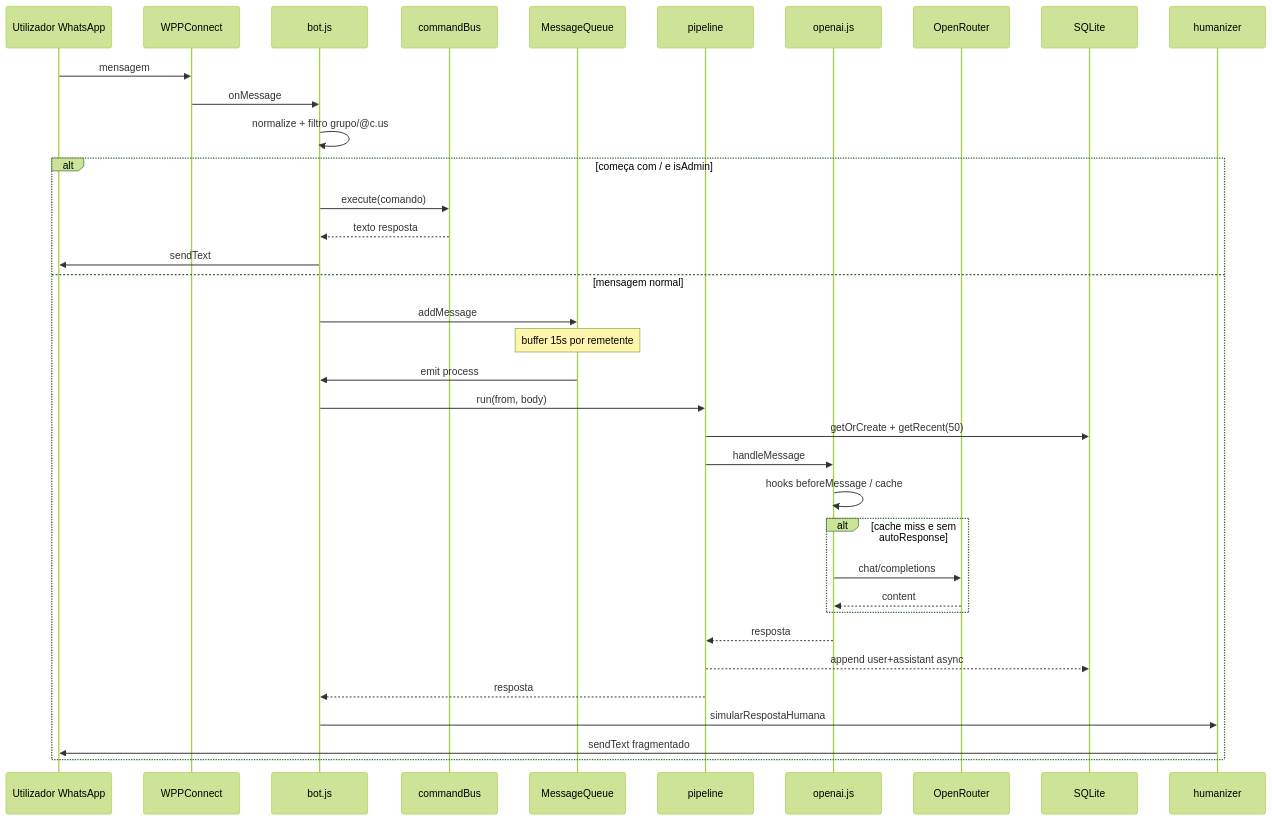
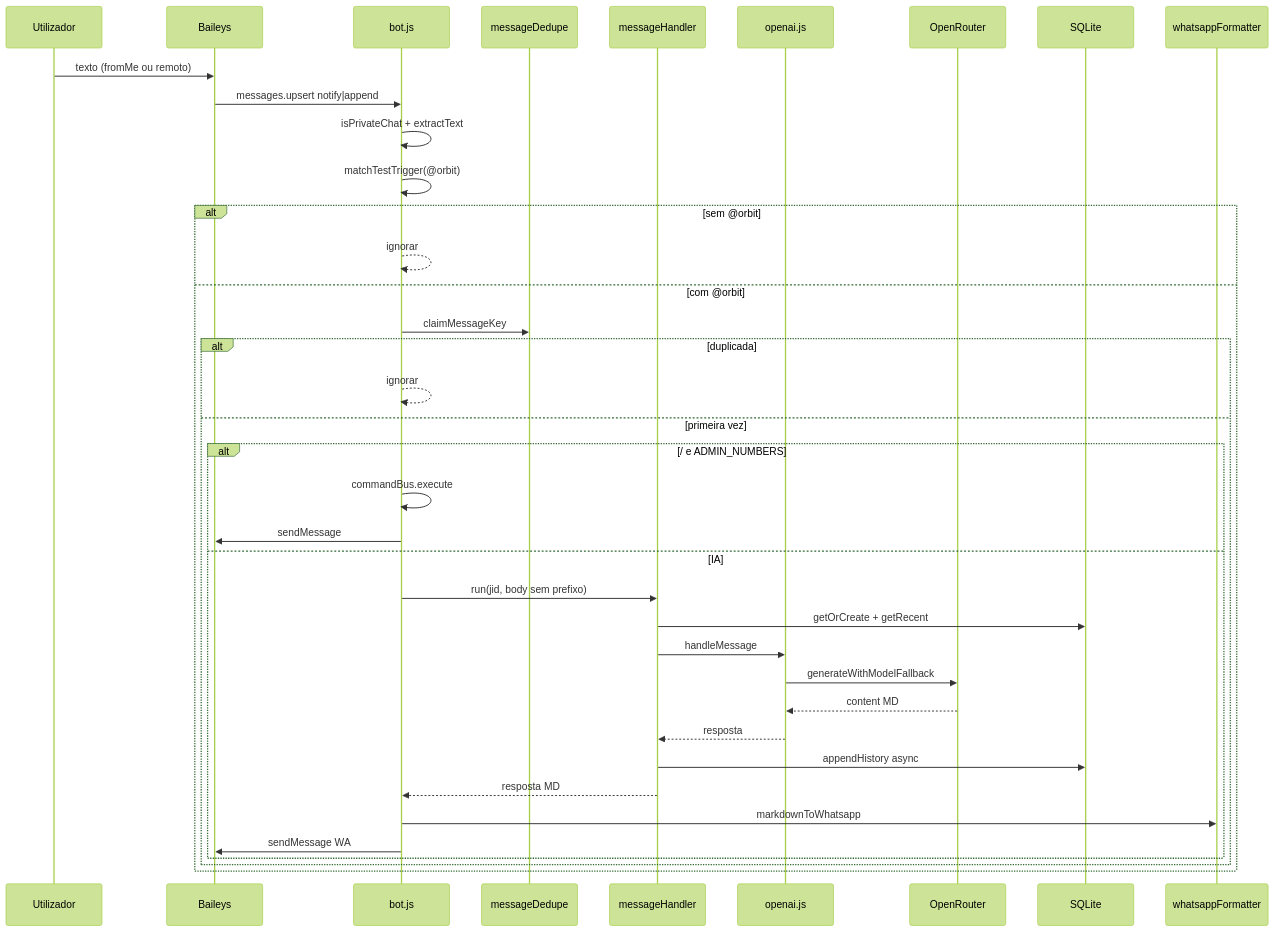
One commit to GaabDevWeb/OrbitBot changed the second of 4 diagrams in docs/RELATORIO-GERAL.md. Above: the diagram before and after it, drawn with Mermaid (forest theme). The commit also changed other lines of this file and 13 other files, not shown here.

````diff
--- a/docs/RELATORIO-GERAL.md
+++ b/docs/RELATORIO-GERAL.md
@@ -141,40 +155,41 @@
 ```mermaid
 sequenceDiagram
-  participant User as Utilizador WhatsApp
-  participant WPP as WPPConnect
+  participant U as Utilizador
+  participant BL as Baileys
   participant Bot as bot.js
-  participant Bus as commandBus
-  participant Queue as MessageQueue
-  participant Pipe as pipeline
+  participant Ded as messageDedupe
+  participant MH as messageHandler
   participant AI as openai.js
   participant OR as OpenRouter
   participant DB as SQLite
-  participant Hum as humanizer
+  participant Fmt as whatsappFormatter
 
-  User->>WPP: mensagem
-  WPP->>Bot: onMessage
-  Bot->>Bot: normalize + filtro grupo/@c.us
-
-  alt começa com / e isAdmin
-    Bot->>Bus: execute(comando)
-    Bus-->>Bot: texto resposta
-    Bot->>User: sendText
-  else mensagem normal
-    Bot->>Queue: addMessage
-    Note over Queue: buffer 15s por remetente
-    Queue->>Bot: emit process
-    Bot->>Pipe: run(from, body)
-    Pipe->>DB: getOrCreate + getRecent(50)
-    Pipe->>AI: handleMessage
-    AI->>AI: hooks beforeMessage / cache
-    alt cache miss e sem autoResponse
-      AI->>OR: chat/completions
-      OR-->>AI: content
+  U->>BL: texto (fromMe ou remoto)
+  BL->>Bot: messages.upsert notify|append
+  Bot->>Bot: isPrivateChat + extractText
+  Bot->>Bot: matchTestTrigger(@orbit)
+  alt sem @orbit
+    Bot-->>Bot: ignorar
+  else com @orbit
+    Bot->>Ded: claimMessageKey
+    alt duplicada
+      Bot-->>Bot: ignorar
+    else primeira vez
+      alt / e ADMIN_NUMBERS
+        Bot->>Bot: commandBus.execute
+        Bot->>BL: sendMessage
+      else IA
+        Bot->>MH: run(jid, body sem prefixo)
+        MH->>DB: getOrCreate + getRecent
+        MH->>AI: handleMessage
+        AI->>OR: generateWithModelFallback
+        OR-->>AI: content MD
+        AI-->>MH: resposta
+        MH->>DB: appendHistory async
+        MH-->>Bot: resposta MD
+        Bot->>Fmt: markdownToWhatsapp
+        Bot->>BL: sendMessage WA
+      end
     end
-    AI-->>Pipe: resposta
-    Pipe-->>DB: append user+assistant async
-    Pipe-->>Bot: resposta
-    Bot->>Hum: simularRespostaHumana
-    Hum->>User: sendText fragmentado
   end
 ```
````
